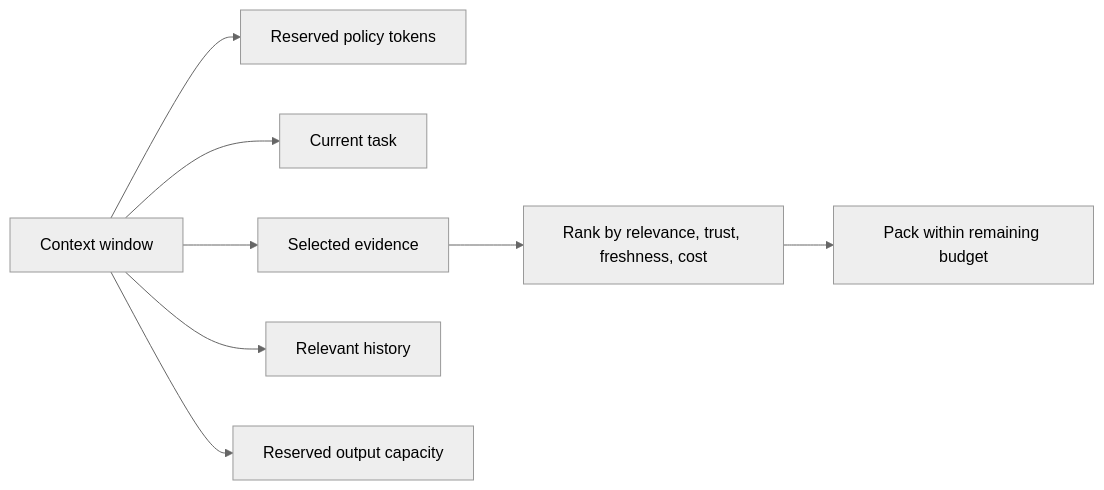
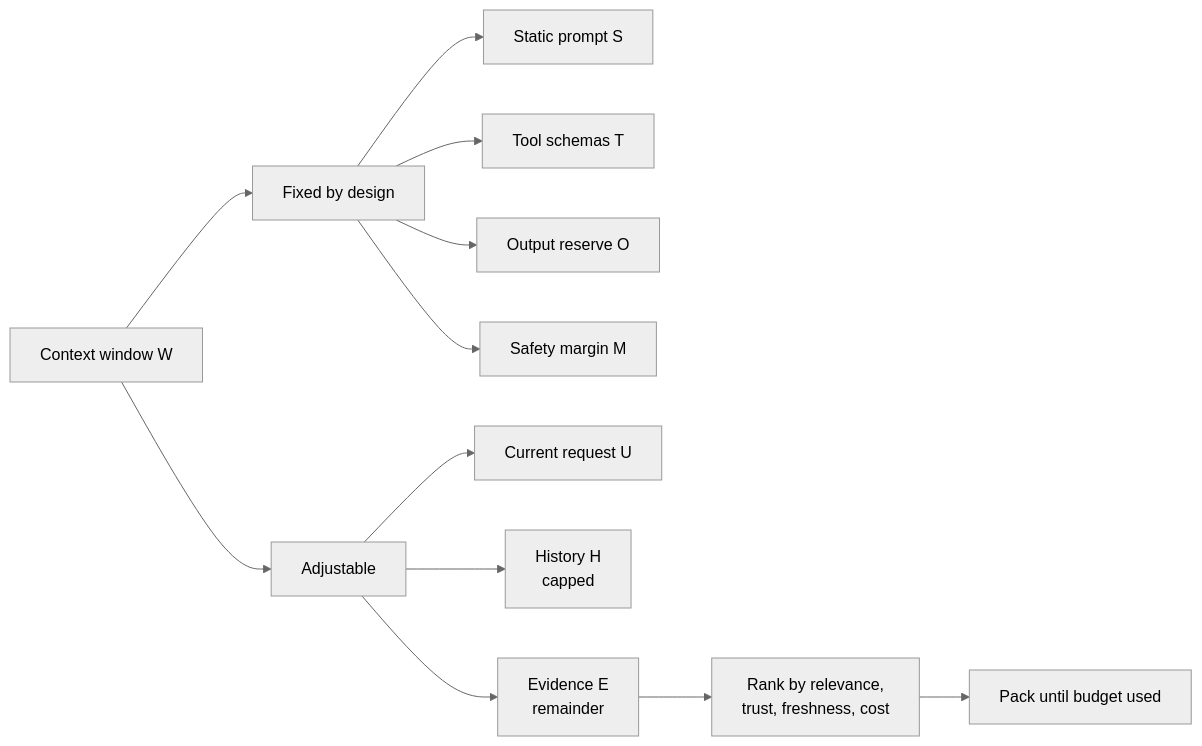
The eighth of 17 diagrams in 16_AI_and_GenAI/CH17_Prompt_Engineering_and_Structured_Outputs.md (joydasss/Architect), drawn with Mermaid (neutral theme) before and after one commit. The commit also changed other lines of this file and 295 other files, not shown here.

````diff
--- a/16_AI_and_GenAI/CH17_Prompt_Engineering_and_Structured_Outputs.md
+++ b/16_AI_and_GenAI/CH17_Prompt_Engineering_and_Structured_Outputs.md
@@ -30,10 +776,14 @@
 ```mermaid
 flowchart LR
-    Total[Context window] --> Policy[Reserved policy tokens]
-    Total --> Task[Current task]
-    Total --> Evidence[Selected evidence]
-    Total --> History[Relevant history]
-    Total --> Output[Reserved output capacity]
-    Evidence --> Rank[Rank by relevance, trust, freshness, cost]
-    Rank --> Pack[Pack within remaining budget]
+    W["Context window W"] --> Fixed["Fixed by design"]
+    W --> Var["Adjustable"]
+    Fixed --> S1["Static prompt S"]
+    Fixed --> S2["Tool schemas T"]
+    Fixed --> S3["Output reserve O"]
+    Fixed --> S4["Safety margin M"]
+    Var --> V1["Current request U"]
+    Var --> V2["History H<br/>capped"]
+    Var --> V3["Evidence E<br/>remainder"]
+    V3 --> Rank["Rank by relevance,<br/>trust, freshness, cost"]
+    Rank --> Pack["Pack until budget used"]
 ```
````
